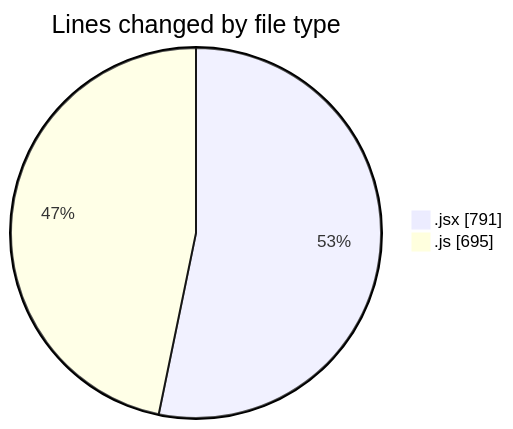
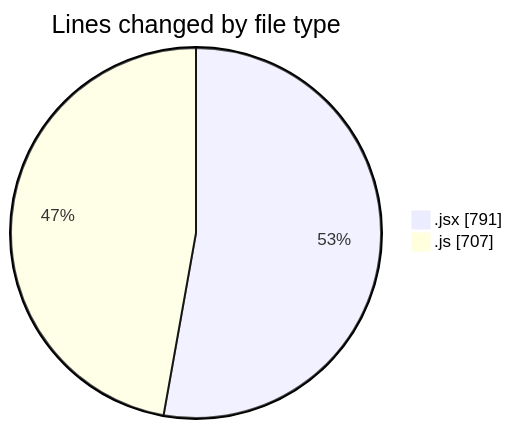
Before and after one commit to nxtqubesakshisongat/code-tracking: the first of 2 diagrams in 2025-09-10/nxtqube_webapp/README.md, drawn with Mermaid. The commit also changed other lines of this file and 1 other file, not shown here.

````diff
--- a/2025-09-10/nxtqube_webapp/README.md
+++ b/2025-09-10/nxtqube_webapp/README.md
@@ -21,6 +21,6 @@
 ```mermaid
 pie showData
 title Lines changed by file type
 ".jsx" : 791
-".js" : 695
+".js" : 707
 ```
````
